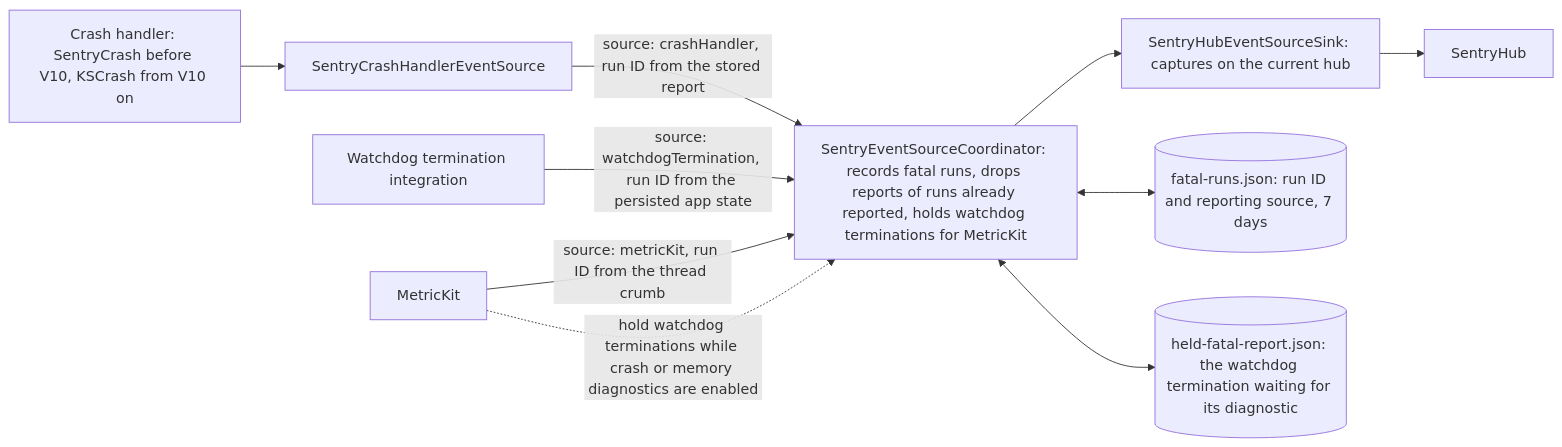
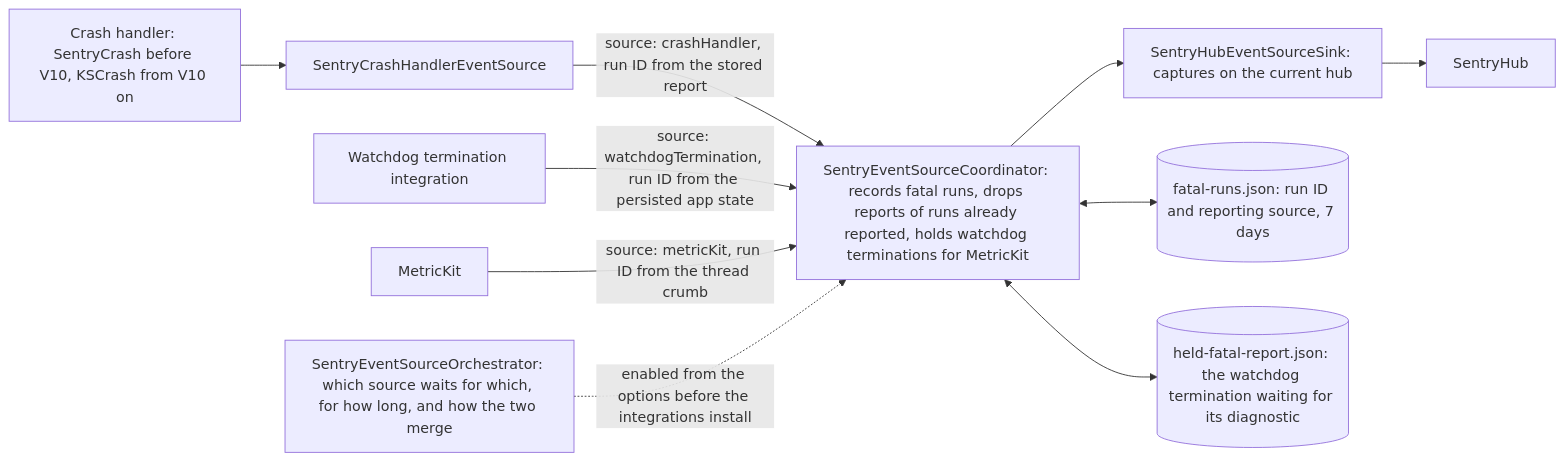
One commit to getsentry/sentry-cocoa changed the second of 2 diagrams in develop-docs/ARCHITECTURE.md. Above: the diagram before and after it, drawn with Mermaid. The commit also changed other lines of this file and 10 other files, not shown here.

First line of the commit message:
ref: Move hold rules to an orchestrator

````diff
--- a/develop-docs/ARCHITECTURE.md
+++ b/develop-docs/ARCHITECTURE.md
@@ -71,12 +71,12 @@
 ```mermaid
 flowchart LR
     Crash["Crash handler: SentryCrash before V10, KSCrash from V10 on"] --> CrashSource["SentryCrashHandlerEventSource"]
     CrashSource -- "source: crashHandler, run ID from the stored report" --> Coordinator
     Watchdog["Watchdog termination integration"] -- "source: watchdogTermination, run ID from the persisted app state" --> Coordinator
     MetricKit["MetricKit"] -- "source: metricKit, run ID from the thread crumb" --> Coordinator
     Coordinator["SentryEventSourceCoordinator: records fatal runs, drops reports of runs already reported, holds watchdog terminations for MetricKit"] --> HubSink["SentryHubEventSourceSink: captures on the current hub"]
     Coordinator <--> FatalRuns[("fatal-runs.json: run ID and reporting source, 7 days")]
     Coordinator <--> Held[("held-fatal-report.json: the watchdog termination waiting for its diagnostic")]
-    MetricKit -. "hold watchdog terminations while crash or memory diagnostics are enabled" .-> Coordinator
+    Orchestrator["SentryEventSourceOrchestrator: which source waits for which, for how long, and how the two merge"] -. "enabled from the options before the integrations install" .-> Coordinator
     HubSink --> Hub["SentryHub"]
 ```
````
